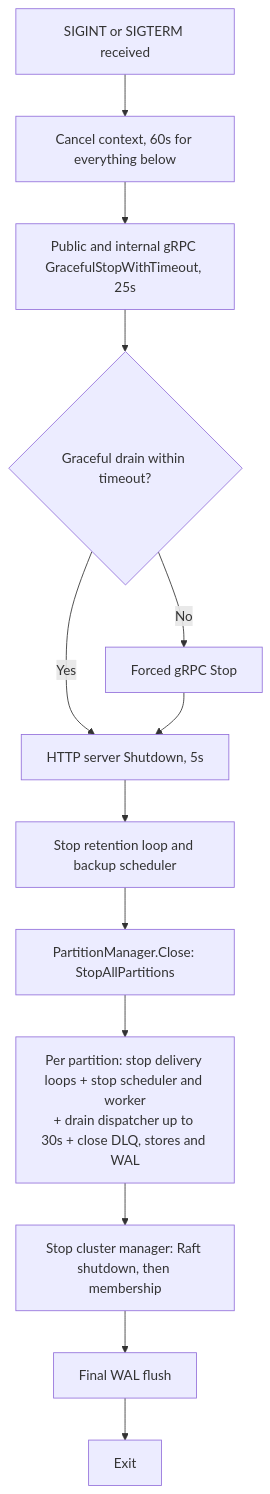
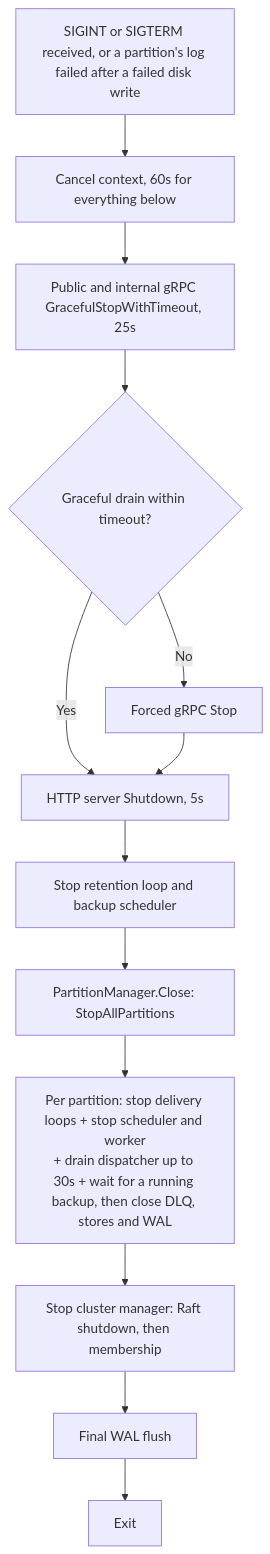
Before and after one commit to jatin711-debug/cronos_db_golang: diagram 45 of 47 in ARCHITECTURE.md, drawn with Mermaid. The commit also changed other lines of this file and 28 other files, not shown here.

First line of the commit message:
docs: bring architecture, feature, design and contributor docs up to v0.11.0

````diff
--- a/ARCHITECTURE.md
+++ b/ARCHITECTURE.md
@@ -1628,15 +1716,15 @@
 ```mermaid
 flowchart TD
-    A[SIGINT or SIGTERM received] --> B[Cancel context, 60s for everything below]
+    A[SIGINT or SIGTERM received, or a partition's log failed after a failed disk write] --> B[Cancel context, 60s for everything below]
     B --> C[Public and internal gRPC GracefulStopWithTimeout, 25s]
     C --> D{Graceful drain within timeout?}
     D -->|Yes| E[HTTP server Shutdown, 5s]
     D -->|No| F[Forced gRPC Stop]
     F --> E
     E --> G[Stop retention loop and backup scheduler]
     G --> H[PartitionManager.Close: StopAllPartitions]
-    H --> I[Per partition: stop delivery loops + stop scheduler and worker<br/>+ drain dispatcher up to 30s + close DLQ, stores and WAL]
+    H --> I[Per partition: stop delivery loops + stop scheduler and worker<br/>+ drain dispatcher up to 30s + wait for a running backup, then close DLQ, stores and WAL]
     I --> J[Stop cluster manager: Raft shutdown, then membership]
     J --> K[Final WAL flush]
     K --> L[Exit]
 ```
````
